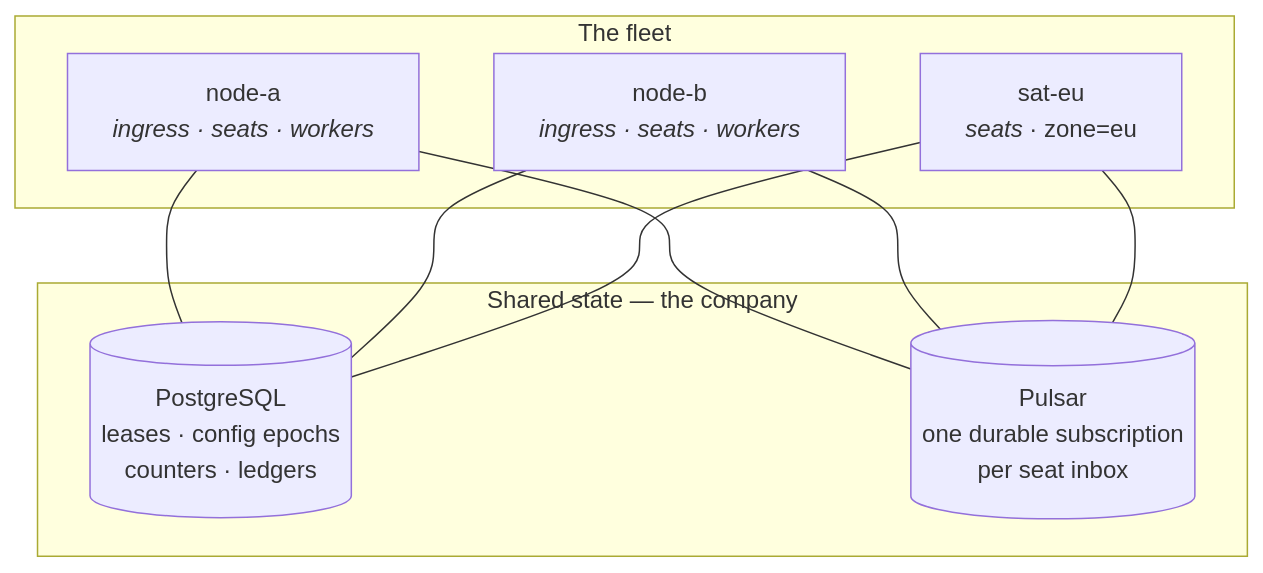
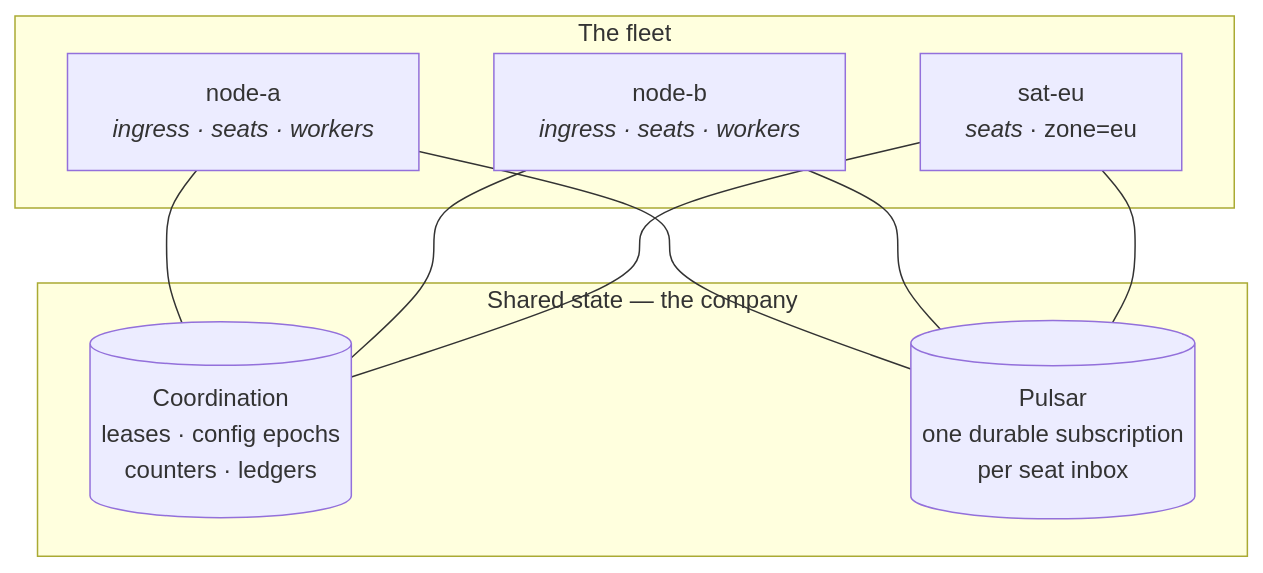
Before and after one commit to crewlet/crewlet: the diagram in docs/concepts/scaling.md, drawn with Mermaid. The commit also changed other lines of this file and 17 other files, not shown here.

````diff
--- a/docs/concepts/scaling.md
+++ b/docs/concepts/scaling.md
@@ -38,18 +38,18 @@
 ```mermaid
 flowchart TB
     subgraph fleet["The fleet"]
         N1["node-a<br/><i>ingress · seats · workers</i>"]
         N2["node-b<br/><i>ingress · seats · workers</i>"]
         N3["sat-eu<br/><i>seats</i> · zone=eu"]
     end
     subgraph shared["Shared state — the company"]
-        PG[("PostgreSQL<br/>leases · config epochs<br/>counters · ledgers")]
+        KV[("Coordination<br/>leases · config epochs<br/>counters · ledgers")]
         MQ[("Pulsar<br/>one durable subscription<br/>per seat inbox")]
     end
-    N1 --- PG
-    N2 --- PG
-    N3 --- PG
+    N1 --- KV
+    N2 --- KV
+    N3 --- KV
     N1 --- MQ
     N2 --- MQ
     N3 --- MQ
 ```
````
